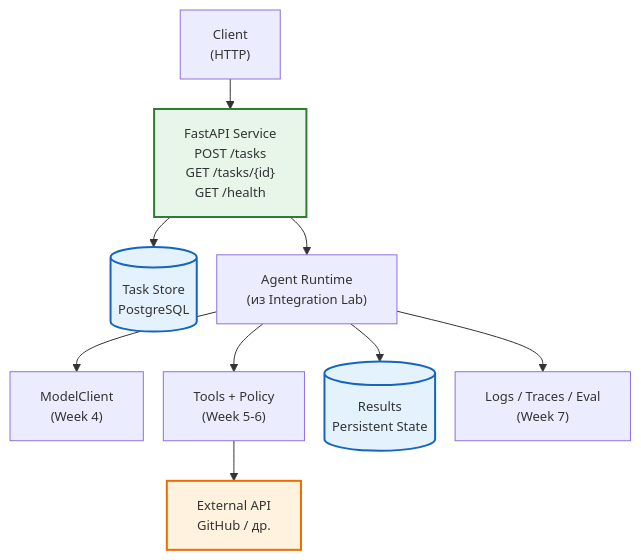
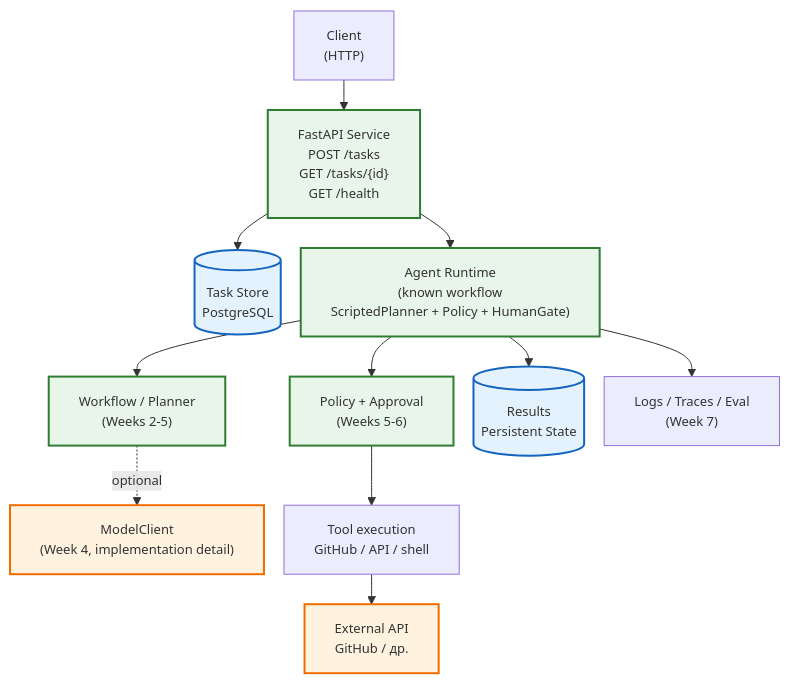
The first of 2 diagrams in docs/course/week-9.md (ertaipit-web/python-agent-workflow-course), drawn with Mermaid before and after one commit. The commit also changed other lines of this file and 9 other files, not shown here.

````diff
--- a/docs/course/week-9.md
+++ b/docs/course/week-9.md
@@ -29,18 +42,21 @@
 ```mermaid
 %%{init: {"flowchart": {"useMaxWidth": false, "nodeSpacing": 20, "rankSpacing": 30, "wrappingWidth": 500}, "themeVariables": {"fontSize": "13px"}}}%%
 flowchart TD
     Client["Client\n(HTTP)"] --> FastAPI["FastAPI Service\nPOST /tasks\nGET /tasks/{id}\nGET /health"]
     FastAPI --> TaskStore[("Task Store\nPostgreSQL")]
-    FastAPI --> Runtime["Agent Runtime\n(из Integration Lab)"]
-    Runtime --> Model["ModelClient\n(Week 4)"]
-    Runtime --> Tools["Tools + Policy\n(Week 5-6)"]
+    FastAPI --> Runtime["Agent Runtime\n(known workflow\nScriptedPlanner + Policy + HumanGate)"]
+    Runtime --> Planner["Workflow / Planner\n(Weeks 2-5)"]
+    Runtime --> Policy["Policy + Approval\n(Weeks 5-6)"]
+    Planner -. optional .-> Model["ModelClient\n(Week 4, implementation detail)"]
+    Policy --> Tools["Tool execution\nGitHub / API / shell"]
     Tools --> External["External API\nGitHub / др."]
     Runtime --> Results[("Results\nPersistent State")]
     Runtime --> Observability["Logs / Traces / Eval\n(Week 7)"]
     classDef svc fill:#e8f5e9,stroke:#2e7d32,stroke-width:2px;
     classDef db fill:#e3f2fd,stroke:#1565c0,stroke-width:2px;
     classDef ext fill:#fff3e0,stroke:#ef6c00,stroke-width:2px;
-    class FastAPI svc;
+    classDef core fill:#e8f5e9,stroke:#1b5e20,stroke-width:2px;
+    class FastAPI,Runtime,Planner,Policy svc;
     class TaskStore,Results db;
-    class External ext;
+    class Model,External ext;
 ```
````
